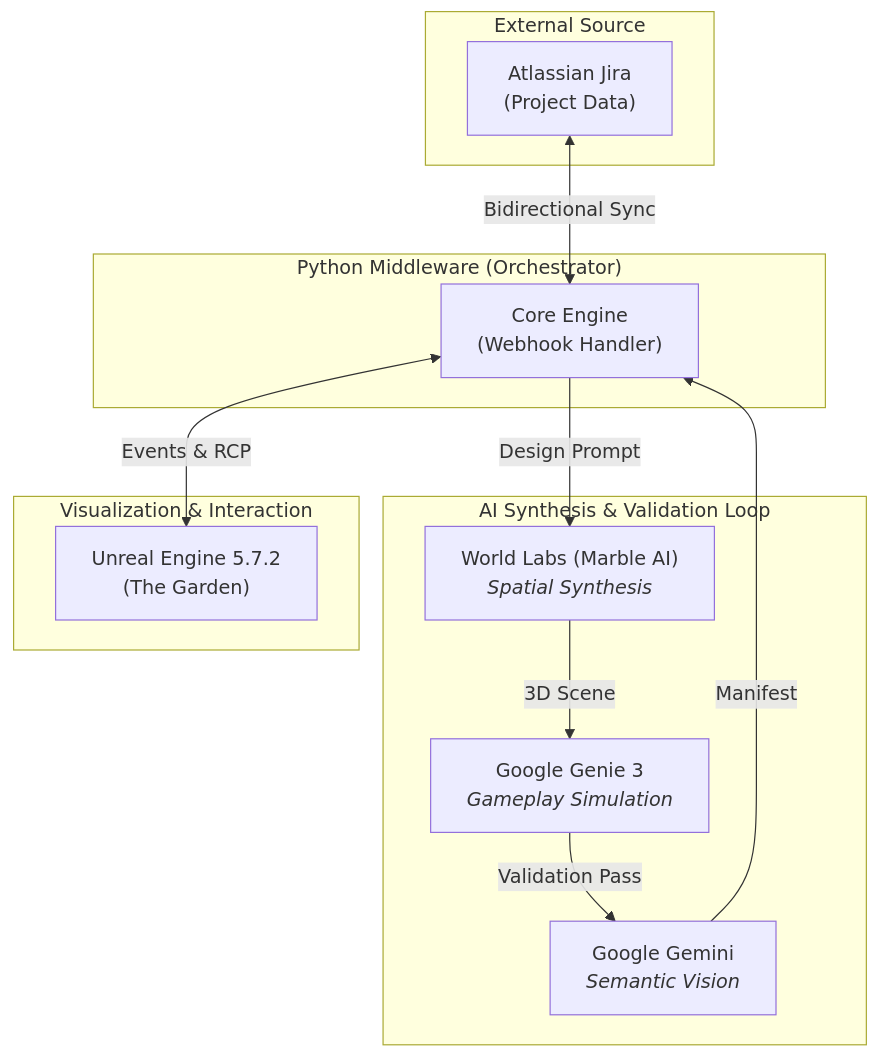
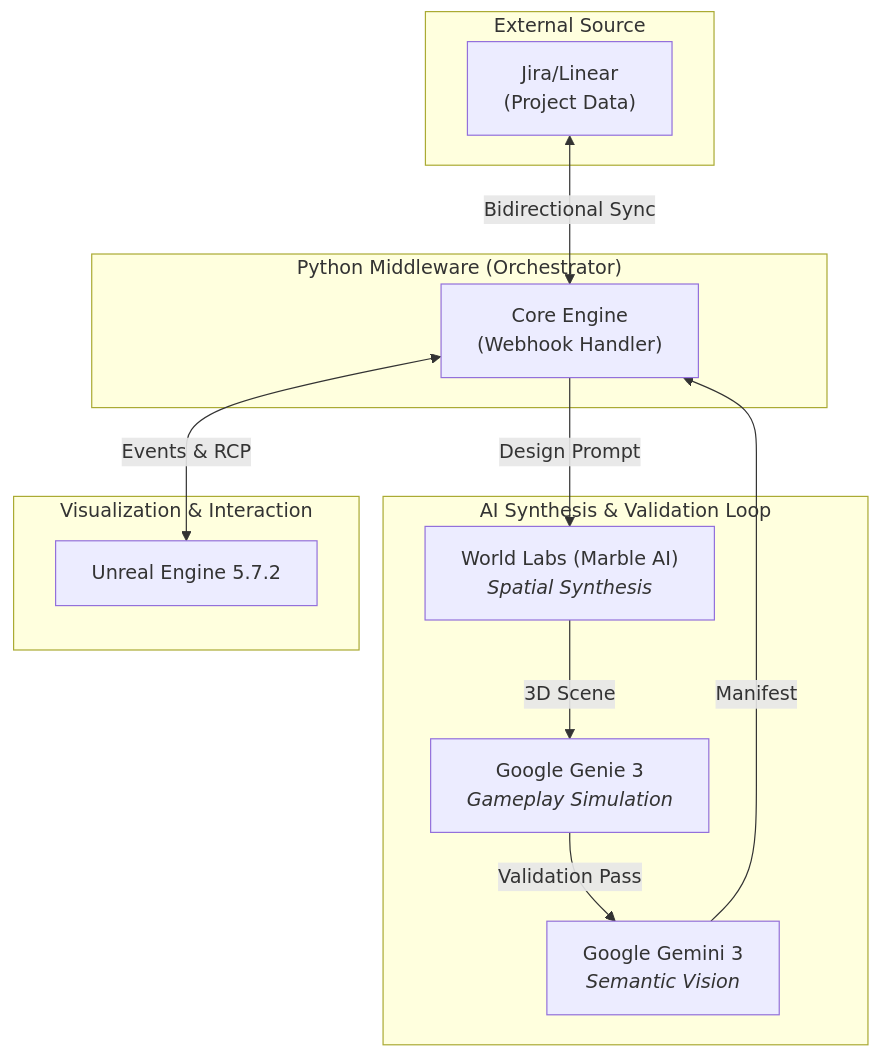
Before and after one commit to petripaananen/BloomPath: the diagram in README.md, drawn with Mermaid. The commit also changed 15 other files, not shown here.

Commit message:
feat: Add various utility scripts for Unreal Engine interaction, webhook testing, and environment verification, alongside new data files and an updated README.

````diff
--- a/README.md
+++ b/README.md
@@ -8,27 +8,27 @@
 ```mermaid
 graph TD
     subgraph "External Source"
-        Jira["Atlassian Jira<br/>(Project Data)"]
+        Jira["Jira/Linear<br/>(Project Data)"]
     end
 
     subgraph "Python Middleware (Orchestrator)"
         Mid["Core Engine<br/>(Webhook Handler)"]
     end
 
     subgraph "AI Synthesis & Validation Loop"
         Marble["World Labs (Marble AI)<br/><i>Spatial Synthesis</i>"]
         Genie["Google Genie 3<br/><i>Gameplay Simulation</i>"]
-        Gemini["Google Gemini<br/><i>Semantic Vision</i>"]
+        Gemini["Google Gemini 3<br/><i>Semantic Vision</i>"]
     end
 
     subgraph "Visualization & Interaction"
-        UE5["Unreal Engine 5.7.2<br/>(The Garden)"]
+        UE5["Unreal Engine 5.7.2"]
     end
 
     Jira <-->|Bidirectional Sync| Mid
     Mid -->|Design Prompt| Marble
     Marble -->|3D Scene| Genie
     Genie -->|Validation Pass| Gemini
     Gemini -->|Manifest| Mid
     Mid <-->|Events & RCP| UE5
 ```
````
